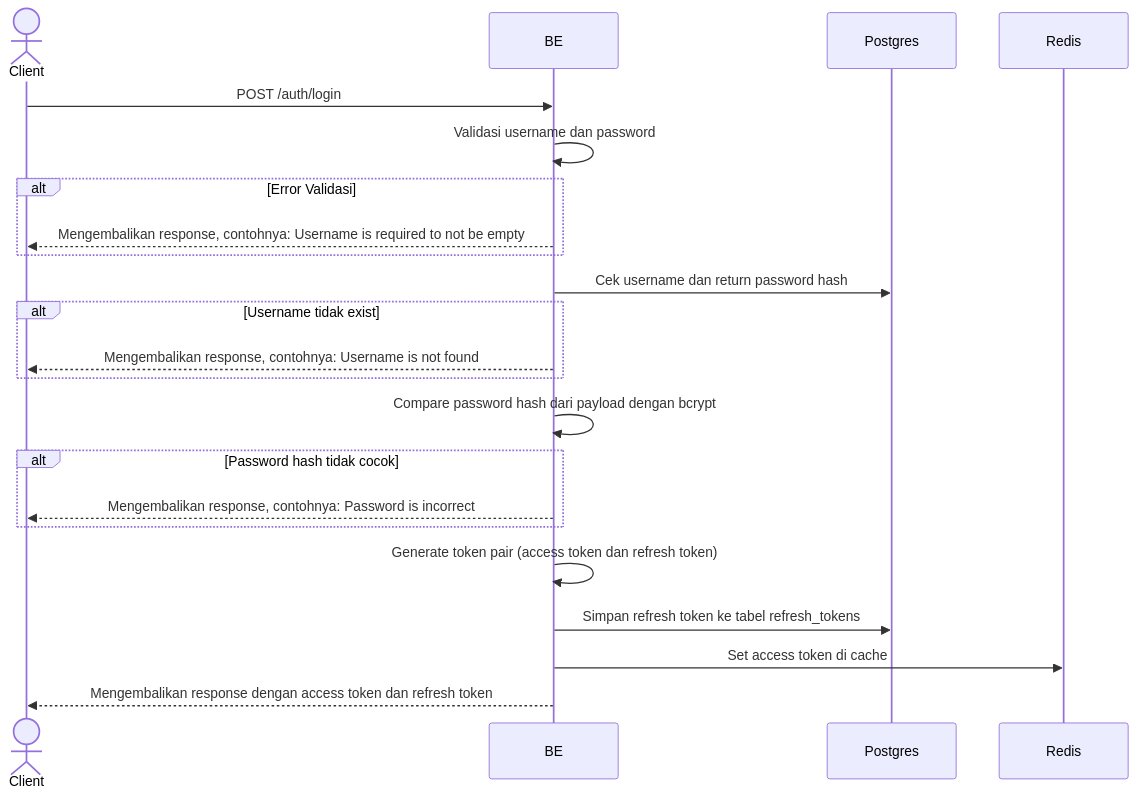
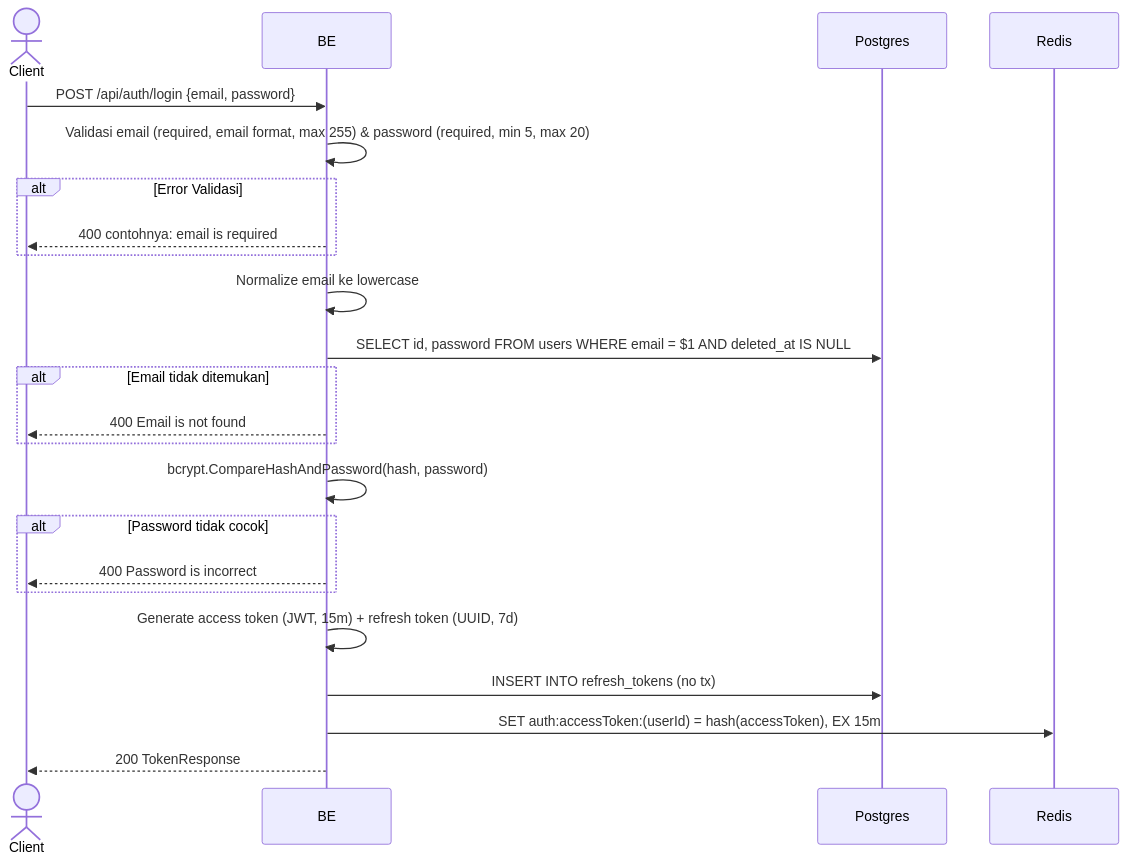
One commit to ferdian3456/virdanproject changed the diagram in docs/flows/id/login.md. Above: the diagram before and after it, drawn with Mermaid. The commit also changed other lines of this file and 107 other files, not shown here.

First line of the commit message:
VIR-93: Migrasi docs flow ke docs/flows/{id,en} + swagger multi-target Makefile (id/en) (#25)

````diff
--- a/docs/flows/id/login.md
+++ b/docs/flows/id/login.md
@@ -13,25 +13,26 @@
 ```mermaid
 sequenceDiagram
     actor Client
     participant BE
     participant Postgres
     participant Redis
 
-    Client->>BE: POST /auth/login
-    BE->>BE: Validasi username dan password
+    Client->>BE: POST /api/auth/login {email, password}
+    BE->>BE: Validasi email (required, email format, max 255) & password (required, min 5, max 20)
     alt Error Validasi
-        BE-->>Client: Mengembalikan response, contohnya: Username is required to not be empty
+        BE-->>Client: 400 contohnya: email is required
     end
-    BE->>Postgres: Cek username dan return password hash
-    alt Username tidak exist
-        BE-->>Client: Mengembalikan response, contohnya: Username is not found
+    BE->>BE: Normalize email ke lowercase
+    BE->>Postgres: SELECT id, password FROM users WHERE email = $1 AND deleted_at IS NULL
+    alt Email tidak ditemukan
+        BE-->>Client: 400 Email is not found
     end
-    BE->>BE: Compare password hash dari payload dengan bcrypt
-    alt Password hash tidak cocok
-        BE-->>Client: Mengembalikan response, contohnya: Password is incorrect
+    BE->>BE: bcrypt.CompareHashAndPassword(hash, password)
+    alt Password tidak cocok
+        BE-->>Client: 400 Password is incorrect
     end
-    BE->>BE: Generate token pair (access token dan refresh token)
-    BE->>Postgres: Simpan refresh token ke tabel refresh_tokens
-    BE->>Redis: Set access token di cache
-    BE-->>Client: Mengembalikan response dengan access token dan refresh token
+    BE->>BE: Generate access token (JWT, 15m) + refresh token (UUID, 7d)
+    BE->>Postgres: INSERT INTO refresh_tokens (no tx)
+    BE->>Redis: SET auth:accessToken:(userId) = hash(accessToken), EX 15m
+    BE-->>Client: 200 TokenResponse
 ```
````
